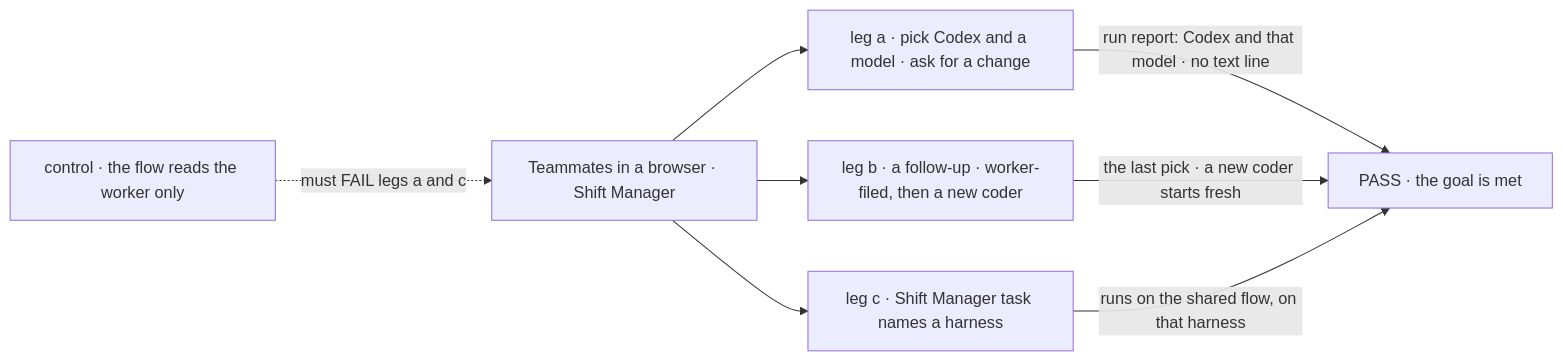
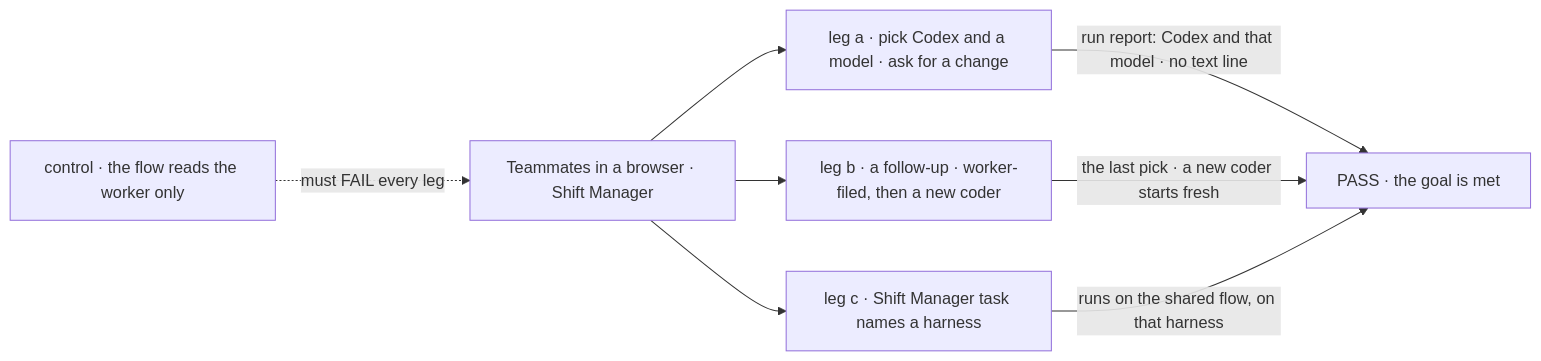
Before and after one commit to fixpoint-labs/flow-state-dev: the first of 2 diagrams in specs/epics/FIX-2876/SPEC.md, drawn with Mermaid. The commit also changed other lines of this file and 1 other file, not shown here.

````diff
--- a/specs/epics/FIX-2876/SPEC.md
+++ b/specs/epics/FIX-2876/SPEC.md
@@ -33,10 +33,10 @@
 ```mermaid
 flowchart LR
   A["Teammates in a browser · Shift Manager"] --> L1["leg a · pick Codex and a model · ask for a change"]
   A --> L2["leg b · a follow-up · worker-filed, then a new coder"]
   A --> L3["leg c · Shift Manager task names a harness"]
   L1 -->|"run report: Codex and that model · no text line"| P["PASS · the goal is met"]
   L2 -->|"the last pick · a new coder starts fresh"| P
   L3 -->|"runs on the shared flow, on that harness"| P
-  C["control · the flow reads the worker only"] -.->|"must FAIL legs a and c"| A
+  C["control · the flow reads the worker only"] -.->|"must FAIL every leg"| A
 ```
````
